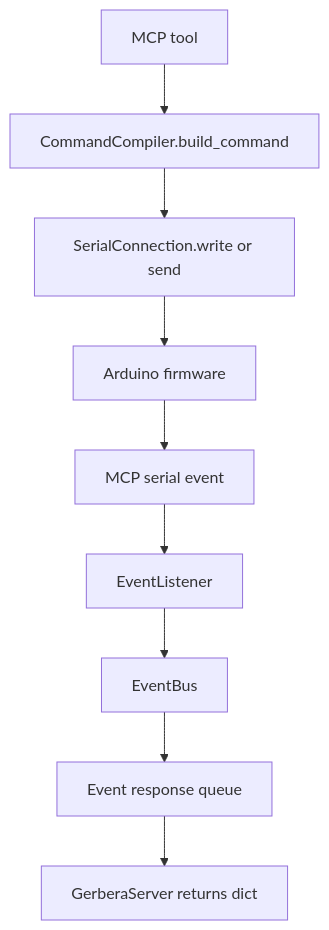
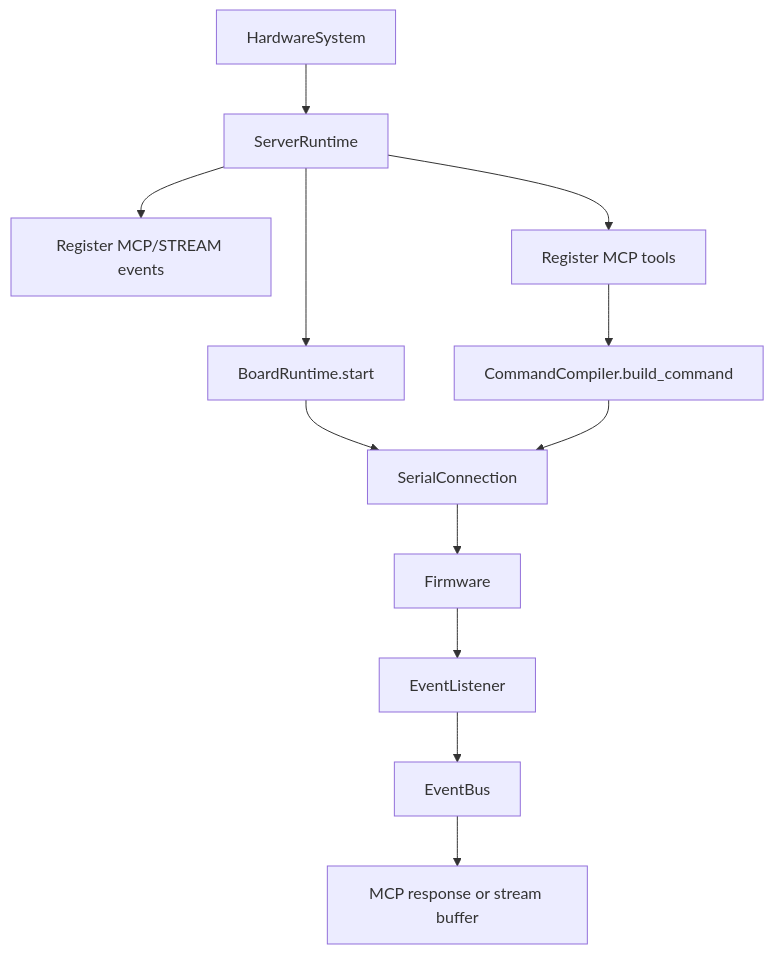
The diagram in src/gerbera_sdk/models/runtime/README.md (BaronLiu1993/gerbera), drawn with Mermaid before and after one commit. The commit also changed other lines of this file and 21 other files, not shown here.

````diff
--- a/src/gerbera_sdk/models/runtime/README.md
+++ b/src/gerbera_sdk/models/runtime/README.md
@@ -33,11 +66,14 @@
 ```mermaid
 flowchart TD
-    A[MCP tool] --> B[CommandCompiler.build_command]
-    B --> C[SerialConnection.write or send]
-    C --> D[Arduino firmware]
-    D --> E[MCP serial event]
-    E --> F[EventListener]
-    F --> G[EventBus]
-    G --> H[Event response queue]
-    H --> I[GerberaServer returns dict]
+    A[HardwareSystem] --> B[ServerRuntime]
+    B --> C[BoardRuntime.start]
+    B --> D[Register MCP/STREAM events]
+    B --> E[Register MCP tools]
+    C --> F[SerialConnection]
+    E --> G[CommandCompiler.build_command]
+    G --> F
+    F --> H[Firmware]
+    H --> I[EventListener]
+    I --> J[EventBus]
+    J --> K[MCP response or stream buffer]
 ```
````
